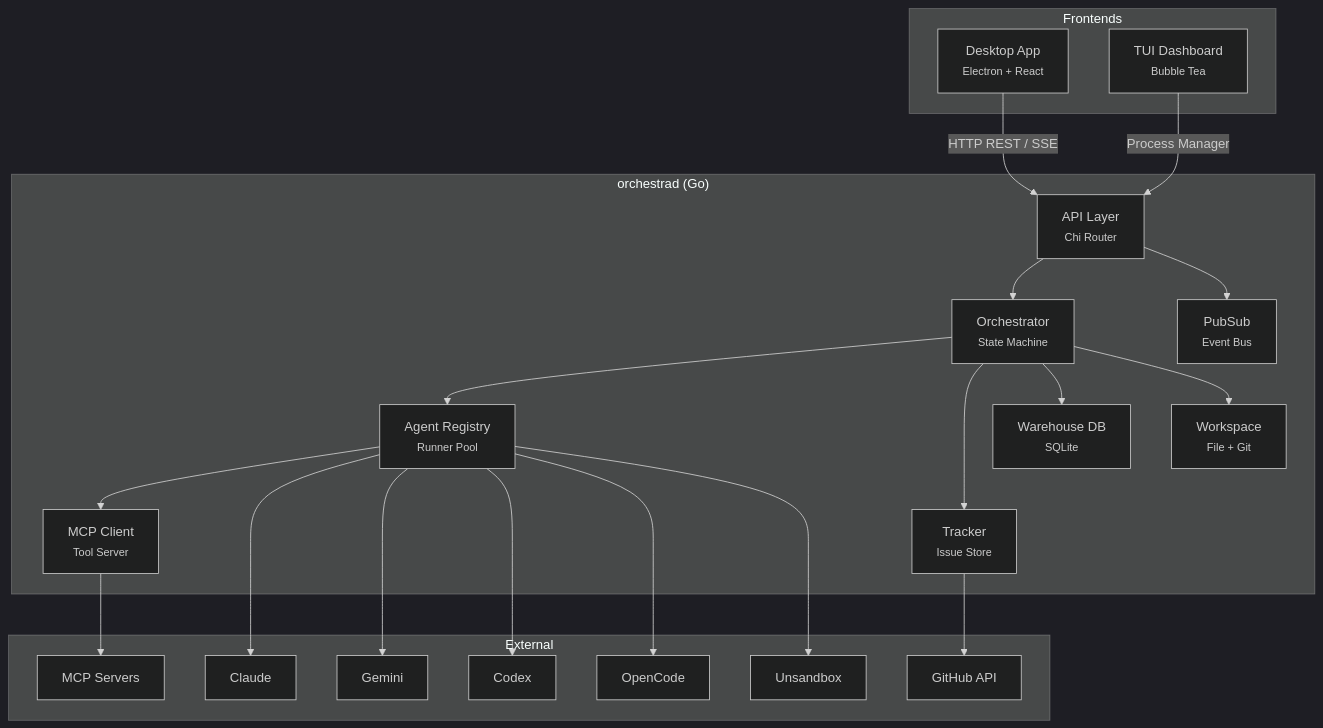
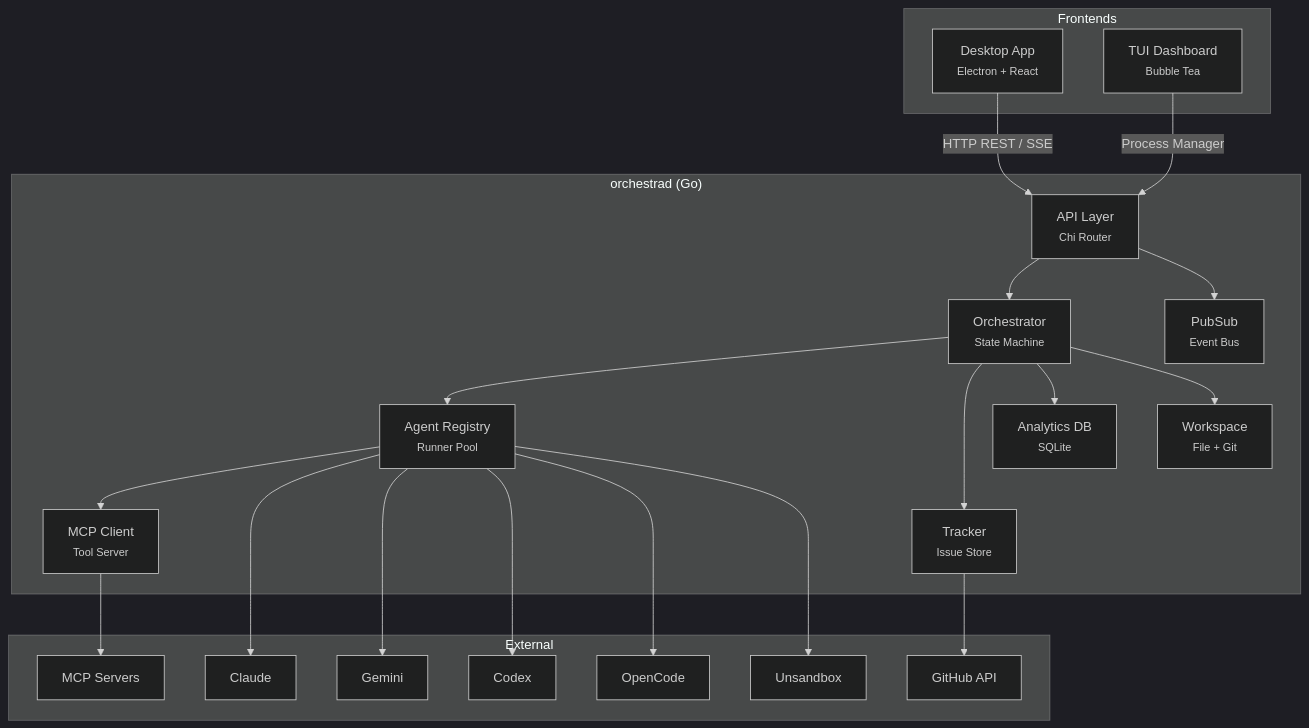
One commit to bradAGI/Orchestra changed the first of 3 diagrams in docs/architecture/overview.md. Above: the diagram before and after it, drawn with Mermaid (dark theme). The commit also changed other lines of this file and 63 other files, not shown here.

````diff
--- a/docs/architecture/overview.md
+++ b/docs/architecture/overview.md
@@ -11,47 +11,47 @@
 ```mermaid
 graph TB
     subgraph Frontends
         DESKTOP["Desktop App<br/><small>Electron + React</small>"]
         TUI["TUI Dashboard<br/><small>Bubble Tea</small>"]
     end
 
     subgraph Backend ["orchestrad (Go)"]
         API["API Layer<br/><small>Chi Router</small>"]
         ORCH["Orchestrator<br/><small>State Machine</small>"]
         PUBSUB["PubSub<br/><small>Event Bus</small>"]
         AGENTS["Agent Registry<br/><small>Runner Pool</small>"]
         TRACKER["Tracker<br/><small>Issue Store</small>"]
-        DB["Warehouse DB<br/><small>SQLite</small>"]
+        DB["Analytics DB<br/><small>SQLite</small>"]
         WORKSPACE["Workspace<br/><small>File + Git</small>"]
         MCP_PKG["MCP Client<br/><small>Tool Server</small>"]
     end
 
     subgraph External
         CLAUDE["Claude"]
         GEMINI["Gemini"]
         CODEX["Codex"]
         OPENCODE["OpenCode"]
         UNSANDBOX["Unsandbox"]
         GITHUB["GitHub API"]
         MCP_SRV["MCP Servers"]
     end
 
     DESKTOP -- "HTTP REST / SSE" --> API
     TUI -- "Process Manager" --> API
 
     API --> ORCH
     API --> PUBSUB
     ORCH --> AGENTS
     ORCH --> TRACKER
     ORCH --> DB
     ORCH --> WORKSPACE
     AGENTS --> MCP_PKG
 
     AGENTS --> CLAUDE
     AGENTS --> GEMINI
     AGENTS --> CODEX
     AGENTS --> OPENCODE
     AGENTS --> UNSANDBOX
     TRACKER --> GITHUB
     MCP_PKG --> MCP_SRV
 ```
````
